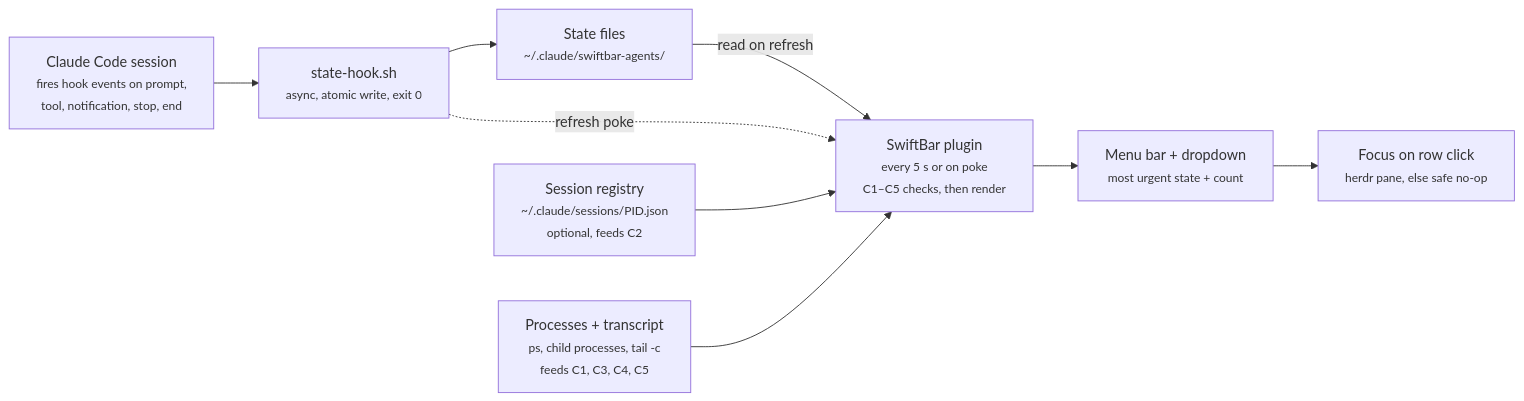
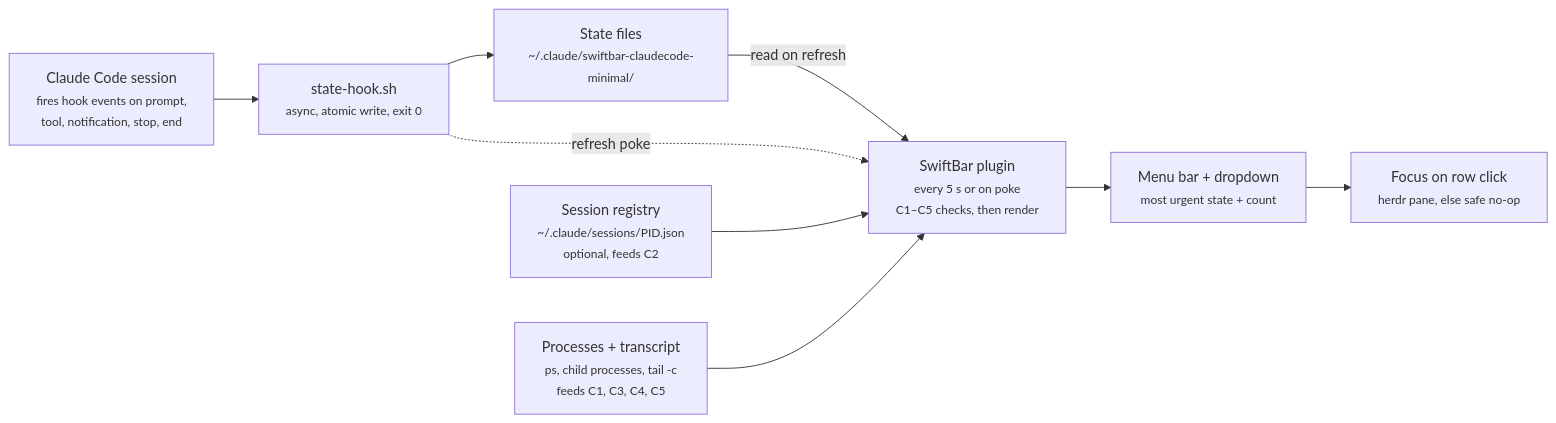
One commit to solo-swe/agentic-status-bar changed the diagram in doc/PRD.md. Above: the diagram before and after it, drawn with Mermaid. The commit also changed other lines of this file and 21 other files, not shown here.

First line of the commit message:
Rename claude-agents to swiftbar-claudecode-minimal

````diff
--- a/doc/PRD.md
+++ b/doc/PRD.md
@@ -103,18 +103,18 @@
 ```mermaid
 flowchart LR
     session["Claude Code session<br/><small>fires hook events on prompt,<br/>tool, notification, stop, end</small>"]
     hook["state-hook.sh<br/><small>async, atomic write, exit 0</small>"]
-    files["State files<br/><small>~/.claude/swiftbar-agents/</small>"]
+    files["State files<br/><small>~/.claude/swiftbar-claudecode-minimal/</small>"]
     registry["Session registry<br/><small>~/.claude/sessions/PID.json<br/>optional, feeds C2</small>"]
     signals["Processes + transcript<br/><small>ps, child processes, tail -c<br/>feeds C1, C3, C4, C5</small>"]
     plugin["SwiftBar plugin<br/><small>every 5 s or on poke<br/>C1–C5 checks, then render</small>"]
     menu["Menu bar + dropdown<br/><small>most urgent state + count</small>"]
     focus["Focus on row click<br/><small>herdr pane, else safe no-op</small>"]
 
     session --> hook --> files
     files -->|read on refresh| plugin
     hook -.->|refresh poke| plugin
     registry --> plugin
     signals --> plugin
     plugin --> menu --> focus
 ```
````
